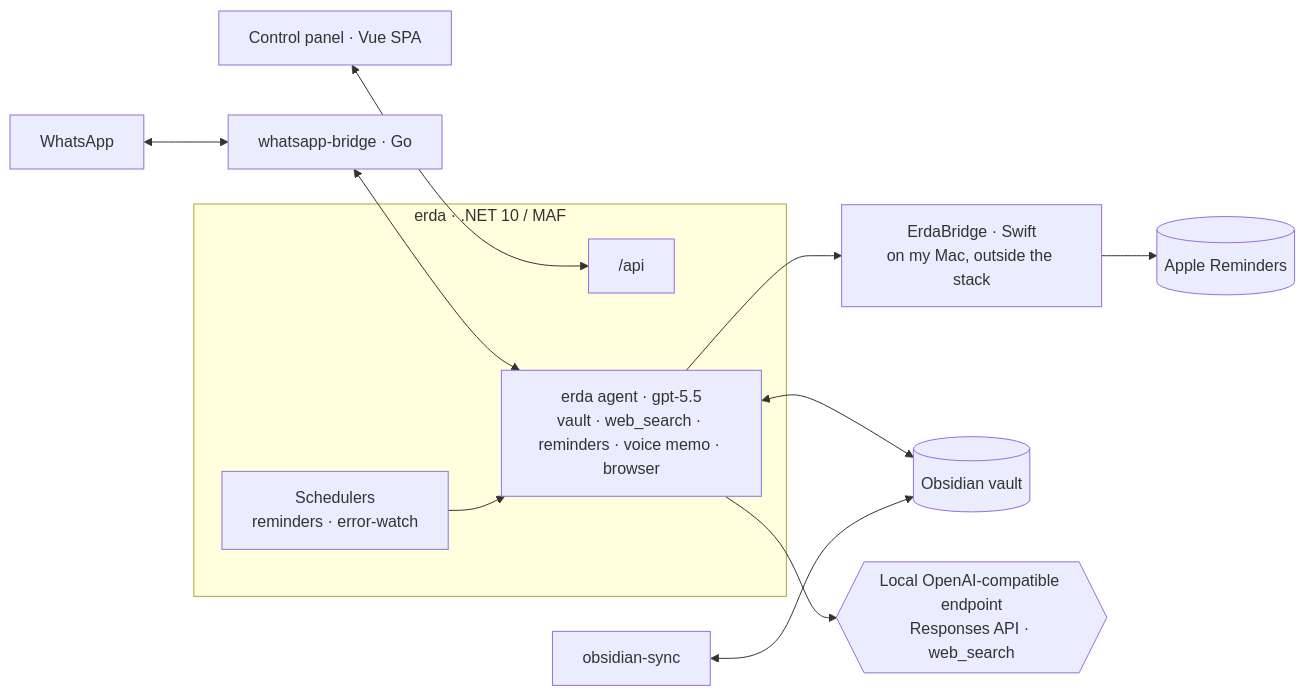
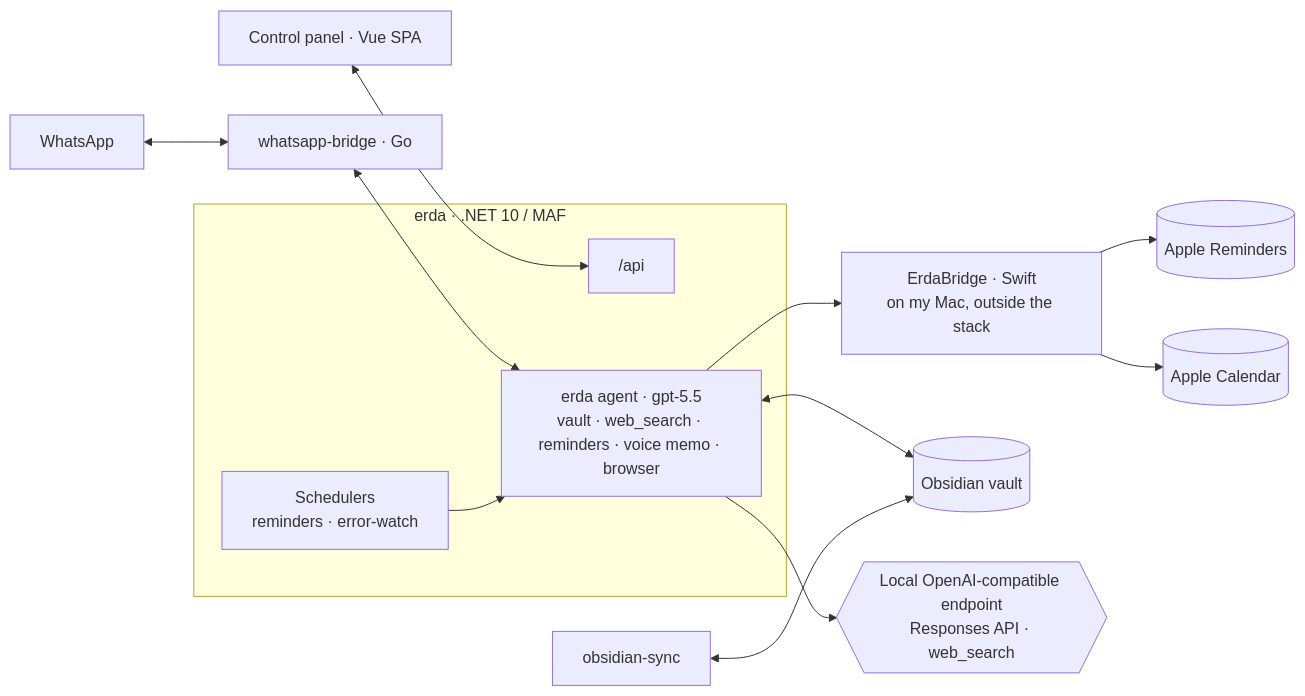
The diagram in README.md (philphilphil/Erda), drawn with Mermaid before and after one commit. The commit also changed other lines of this file and 56 other files, not shown here.

First line of the commit message:
feat(macos-bridge): Apple Calendar — create an event, list what's upcoming

````diff
--- a/README.md
+++ b/README.md
@@ -42,18 +51,20 @@
 ```mermaid
 flowchart LR
     wa["WhatsApp"] <--> bridge["whatsapp-bridge · Go"]
     panel["Control panel · Vue SPA"] <--> api["/api"]
 
     subgraph erda["erda · .NET 10 / MAF"]
       agent["erda agent · gpt-5.5<br/>vault · web_search · reminders · voice memo · browser"]
       sched["Schedulers<br/>reminders · error-watch"]
       api
     end
 
     bridge <--> agent
     sched --> agent
-    agent --> mac["ErdaBridge · Swift<br/>on my Mac, outside the stack"] --> ek[("Apple Reminders")]
+    agent --> mac["ErdaBridge · Swift<br/>on my Mac, outside the stack"]
+    mac --> ek[("Apple Reminders")]
+    mac --> cal[("Apple Calendar")]
     agent <--> vault[("Obsidian vault")]
     sync["obsidian-sync"] <--> vault
     agent --> endpoint{{"Local OpenAI-compatible endpoint<br/>Responses API · web_search"}}
 ```
````
